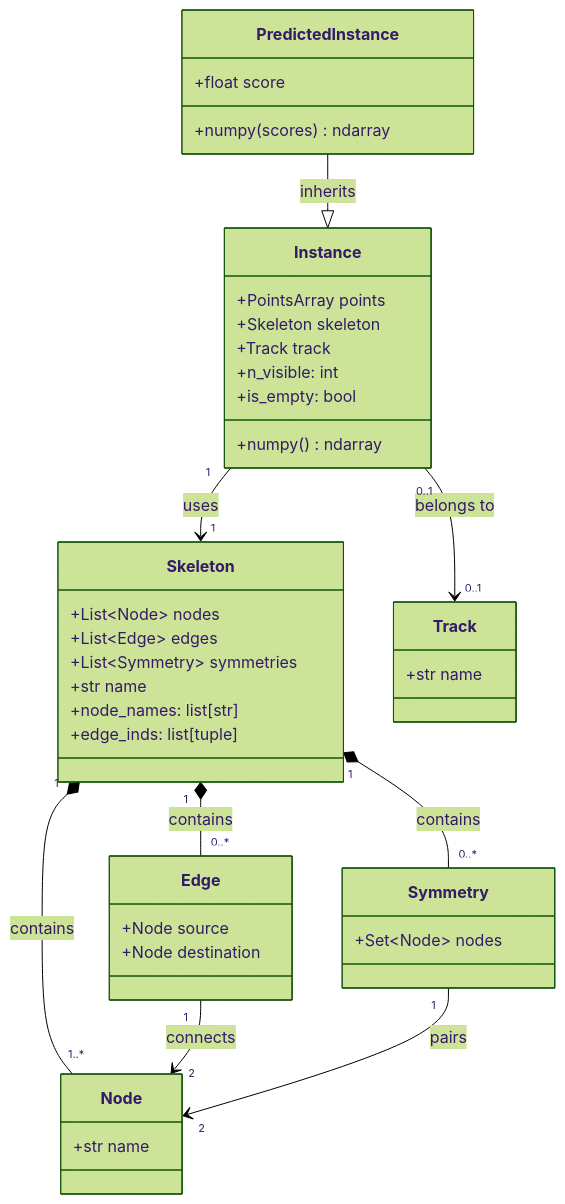
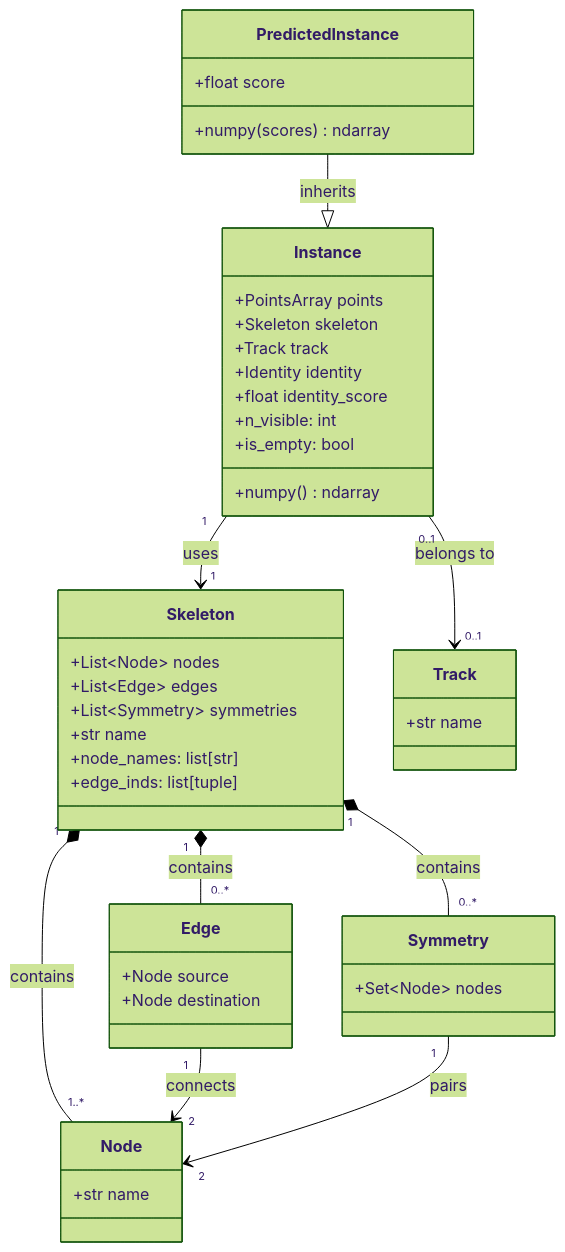
One commit to talmolab/sleap-io changed the diagram in docs/model/poses.md. Above: the diagram before and after it, drawn with Mermaid (forest theme). The commit also changed other lines of this file and 16 other files, not shown here.

````diff
--- a/docs/model/poses.md
+++ b/docs/model/poses.md
@@ -306,52 +307,54 @@
 ``` mermaid
 classDiagram
     class Skeleton {
         +List~Node~ nodes
         +List~Edge~ edges
         +List~Symmetry~ symmetries
         +str name
         +node_names: list[str]
         +edge_inds: list[tuple]
     }
 
     class Node {
         +str name
     }
 
     class Edge {
         +Node source
         +Node destination
     }
 
     class Symmetry {
         +Set~Node~ nodes
     }
 
     class Instance {
         +PointsArray points
         +Skeleton skeleton
         +Track track
+        +Identity identity
+        +float identity_score
         +numpy() ndarray
         +n_visible: int
         +is_empty: bool
     }
 
     class PredictedInstance {
         +float score
         +numpy(scores) ndarray
     }
 
     class Track {
         +str name
     }
 
     Skeleton "1" *-- "1..*" Node : contains
     Skeleton "1" *-- "0..*" Edge : contains
     Skeleton "1" *-- "0..*" Symmetry : contains
     Edge "1" --> "2" Node : connects
     Symmetry "1" --> "2" Node : pairs
 
     Instance "1" --> "1" Skeleton : uses
     Instance "0..1" --> "0..1" Track : belongs to
     PredictedInstance --|> Instance : inherits
 ```
````
